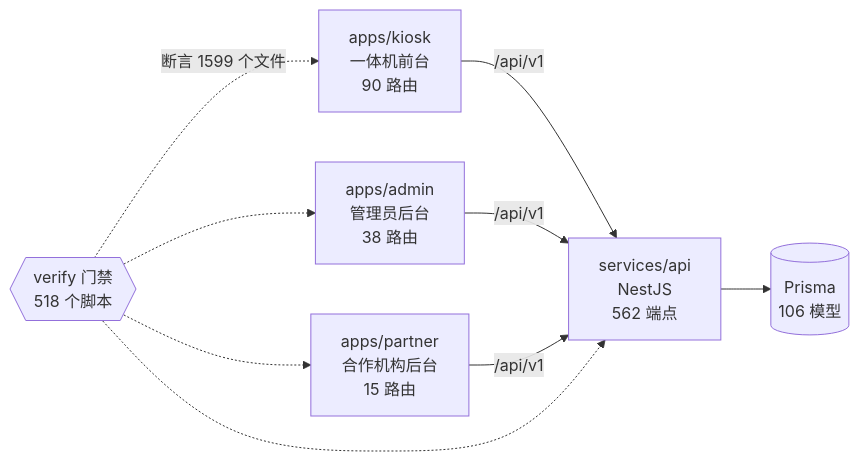
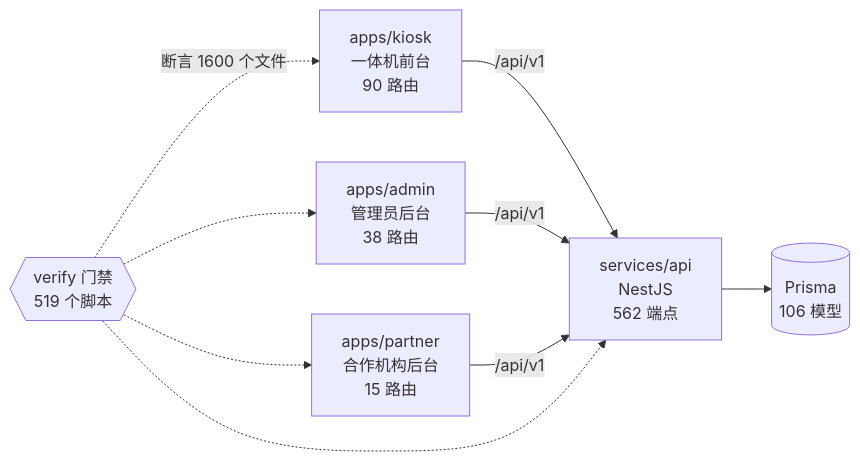
One commit to wanglei581/YITIJI changed the diagram in docs/graph/README.md. Above: the diagram before and after it, drawn with Mermaid. The commit also changed other lines of this file and 5 other files, not shown here.

Commit message:
docs(progress): #1105 A+B 记录；重新生成图谱

````diff
--- a/docs/graph/README.md
+++ b/docs/graph/README.md
@@ -68,18 +68,18 @@
 ```mermaid
 flowchart LR
   kiosk["apps/kiosk<br/>一体机前台<br/>90 路由"]
   admin["apps/admin<br/>管理员后台<br/>38 路由"]
   partner["apps/partner<br/>合作机构后台<br/>15 路由"]
   api["services/api<br/>NestJS<br/>562 端点"]
   db[("Prisma<br/>106 模型")]
-  gates{{"verify 门禁<br/>518 个脚本"}}
+  gates{{"verify 门禁<br/>519 个脚本"}}
 
   kiosk -->|"/api/v1"| api
   admin -->|"/api/v1"| api
   partner -->|"/api/v1"| api
   api --> db
-  gates -.->|"断言 1599 个文件"| kiosk
+  gates -.->|"断言 1600 个文件"| kiosk
   gates -.-> admin
   gates -.-> partner
   gates -.-> api
 ```
````
